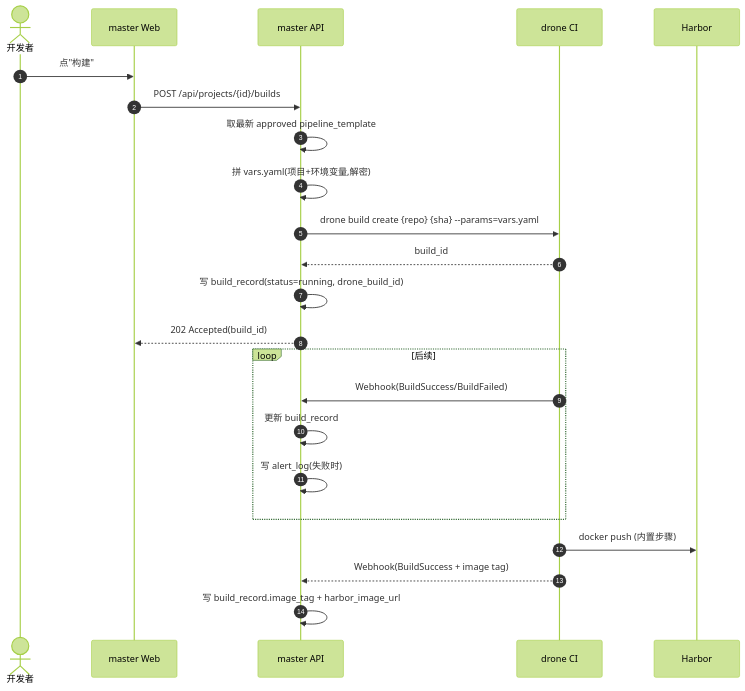
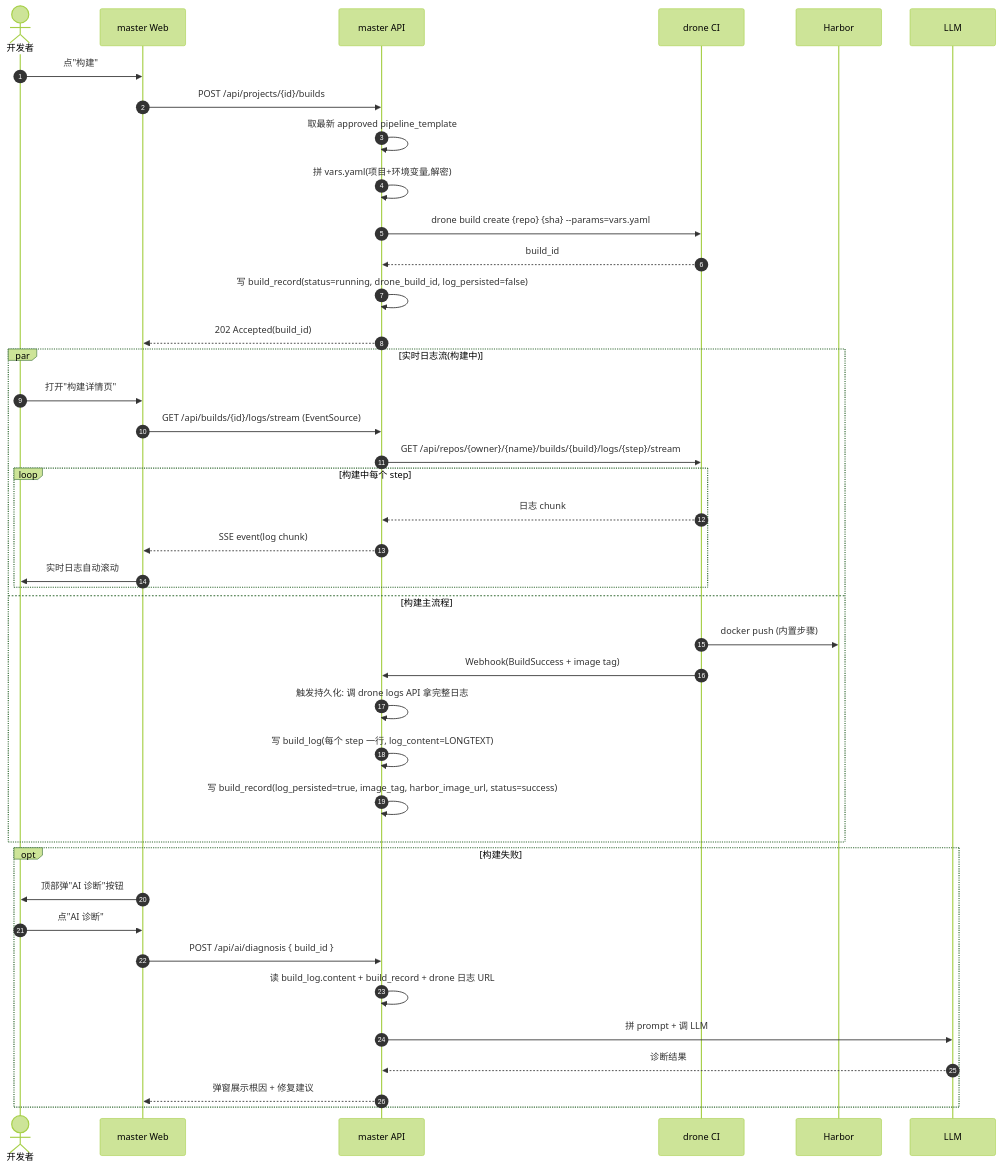
Before and after one commit to yeyanghua/shipyard: the third of 6 diagrams in docs/superpowers/specs/2026-08-08-platform-design.md, drawn with Mermaid (forest theme). The commit also changed other lines of this file and 2 other files, not shown here.

Commit message:
feat(spec): 加实时构建日志 + 修 mermaid 渲染
新能力:
- build_log 表(按 step 分行,LONGTEXT 存日志)
- build_record.log_persisted 字段
- SSE endpoint /api/builds/{id}/logs/stream
- 完整日志查询 /api/builds/{id}/logs(/steps/{step_id})
- 手动触发持久化 /api/builds/{id}/logs/persist
- 构建详情页 UI(左侧元信息 + 右侧实时日志 + 失败 AI 诊断按钮)
- §6.1 构建流 sequence diagram 加日志分支(实时 + 持久化 并行)
- 失败时顶部自动出现 AI 诊断按钮

mermaid 渲染 bug 修:
- ESM import 改 UMD script src 加载(兼容老浏览器)
- 加 window.load 监听 + 手动 mermaid.run()
- 处理 mermaid CDN 加载失败

决策 21/22: 实时日志范围 + UI 位置

````diff
--- a/docs/superpowers/specs/2026-08-08-platform-design.md
+++ b/docs/superpowers/specs/2026-08-08-platform-design.md
@@ -391,28 +407,45 @@
 ```mermaid
 sequenceDiagram
     autonumber
     actor User as 开发者
     participant Web as master Web
     participant API as master API
     participant Drone as drone CI
     participant Harbor as Harbor
 
     User->>Web: 点"构建"
     Web->>API: POST /api/projects/{id}/builds
     API->>API: 取最新 approved pipeline_template
     API->>API: 拼 vars.yaml(项目+环境变量,解密)
     API->>Drone: drone build create {repo} {sha} --params=vars.yaml
     Drone-->>API: build_id
-    API->>API: 写 build_record(status=running, drone_build_id)
+    API->>API: 写 build_record(status=running, drone_build_id, log_persisted=false)
     API-->>Web: 202 Accepted(build_id)
 
-    loop 后续
-        Drone->>API: Webhook(BuildSuccess/BuildFailed)
-        API->>API: 更新 build_record
-        API->>API: 写 alert_log(失败时)
+    par 实时日志流(构建中)
+        User->>Web: 打开"构建详情页"
+        Web->>API: GET /api/builds/{id}/logs/stream (EventSource)
+        API->>Drone: GET /api/repos/{owner}/{name}/builds/{build}/logs/{step}/stream
+        loop 构建中每个 step
+            Drone-->>API: 日志 chunk
+            API-->>Web: SSE event(log chunk)
+            Web->>User: 实时日志自动滚动
+        end
+    and 构建主流程
+        Drone->>Harbor: docker push (内置步骤)
+        Drone->>API: Webhook(BuildSuccess + image tag)
+        API->>API: 触发持久化: 调 drone logs API 拿完整日志
+        API->>API: 写 build_log(每个 step 一行, log_content=LONGTEXT)
+        API->>API: 写 build_record(log_persisted=true, image_tag, harbor_image_url, status=success)
     end
 
-    Drone->>Harbor: docker push (内置步骤)
-    Drone-->>API: Webhook(BuildSuccess + image tag)
-    API->>API: 写 build_record.image_tag + harbor_image_url
+    opt 构建失败
+        Web->>User: 顶部弹"AI 诊断"按钮
+        User->>Web: 点"AI 诊断"
+        Web->>API: POST /api/ai/diagnosis { build_id }
+        API->>API: 读 build_log.content + build_record + drone 日志 URL
+        API->>LLM: 拼 prompt + 调 LLM
+        LLM-->>API: 诊断结果
+        API-->>Web: 弹窗展示根因 + 修复建议
+    end
 ```
````
